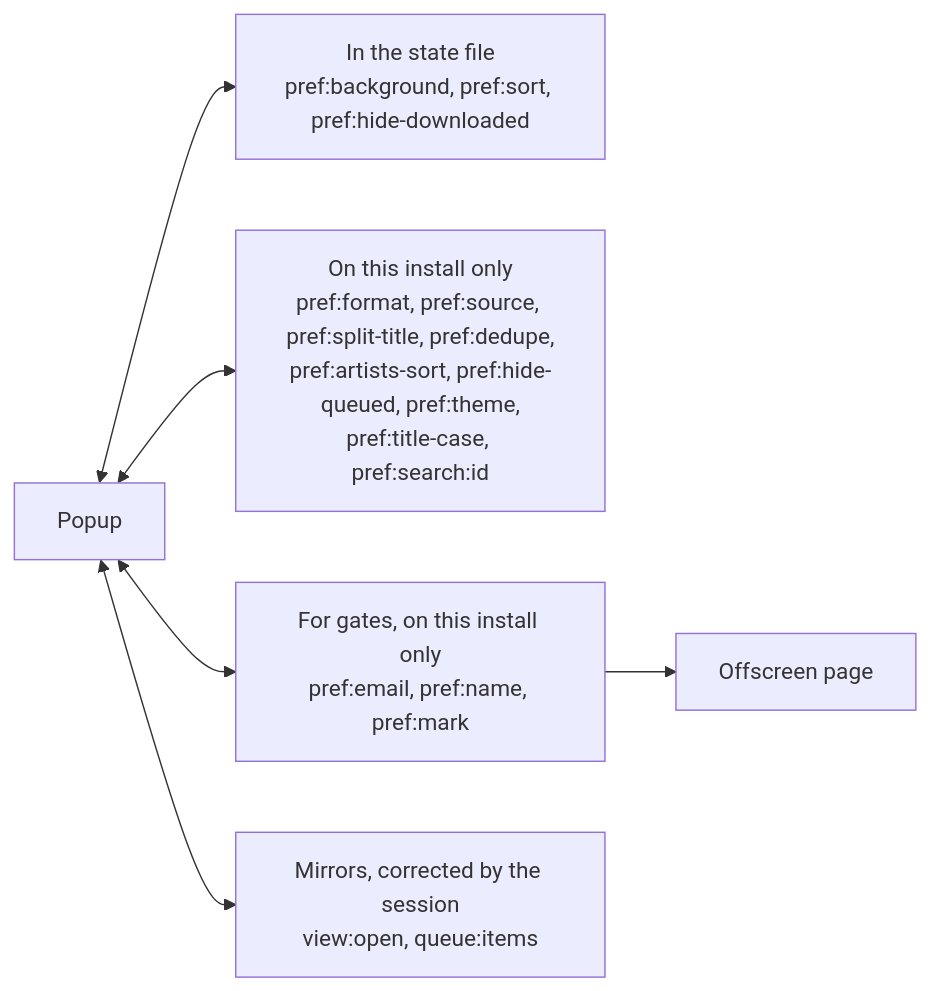
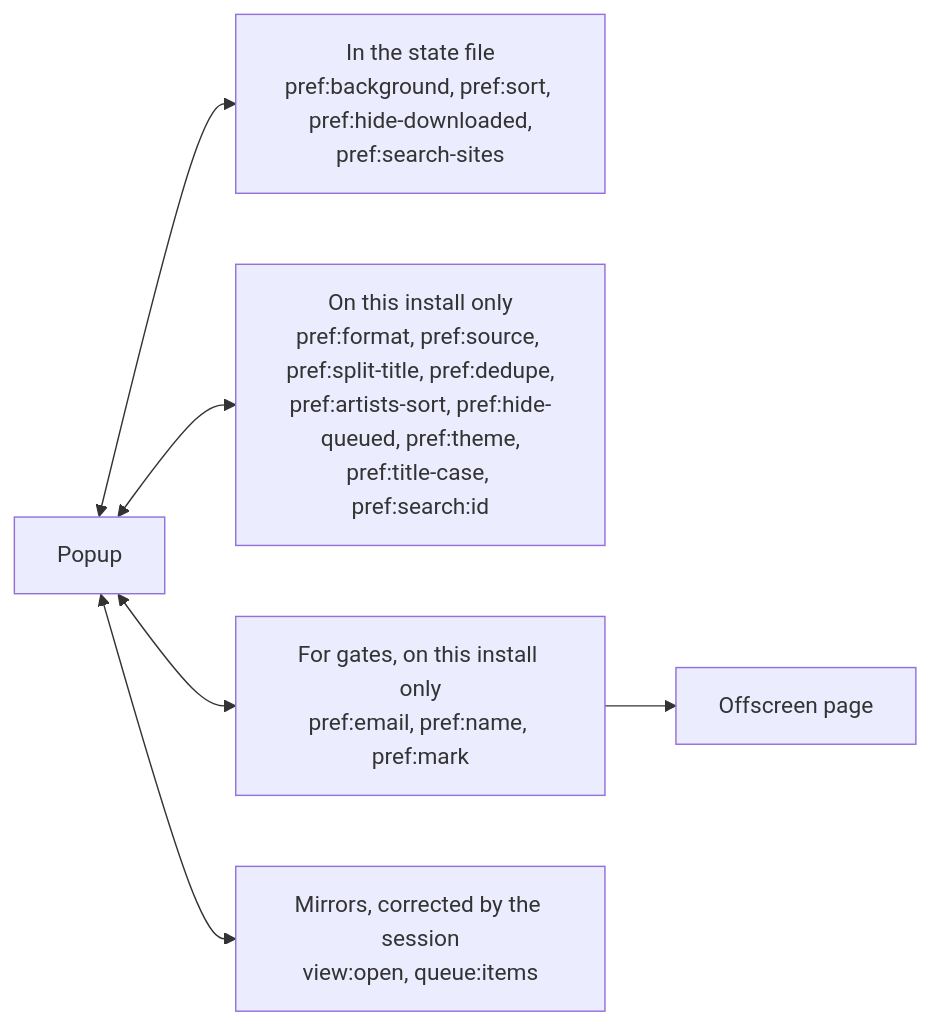
Before and after one commit to cutenode/localnetwork: the third of 9 diagrams in apps/localtoolbox/docs/diagrams/state.md, drawn with Mermaid. The commit also changed 26 other files, not shown here.

First line of the commit message:
feat(localtoolbox): add your own search sites in settings, with a schema for the site list

````diff
--- a/apps/localtoolbox/docs/diagrams/state.md
+++ b/apps/localtoolbox/docs/diagrams/state.md
@@ -65,15 +65,15 @@
 ```mermaid
 flowchart LR
   Popup["Popup"]
   Offscreen["Offscreen page"]
-  File["In the state file<br/>pref:background, pref:sort, pref:hide-downloaded"]
+  File["In the state file<br/>pref:background, pref:sort, pref:hide-downloaded,<br/>pref:search-sites"]
   Stay["On this install only<br/>pref:format, pref:source, pref:split-title, pref:dedupe,<br/>pref:artists-sort, pref:hide-queued, pref:theme,<br/>pref:title-case, pref:search:id"]
   Gate["For gates, on this install only<br/>pref:email, pref:name, pref:mark"]
   Mirror["Mirrors, corrected by the session<br/>view:open, queue:items"]
 
   Popup <--> File
   Popup <--> Stay
   Popup <--> Gate
   Popup <--> Mirror
   Gate --> Offscreen
 ```
````
